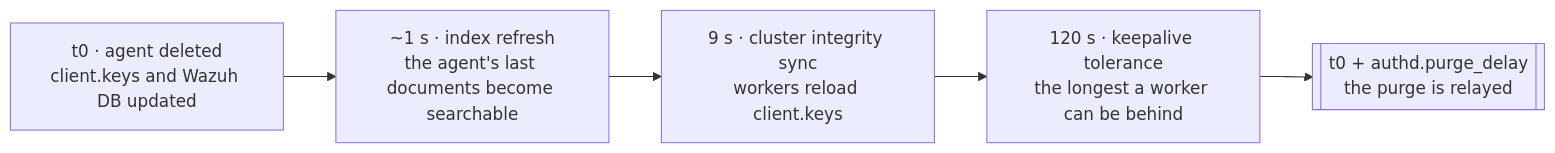
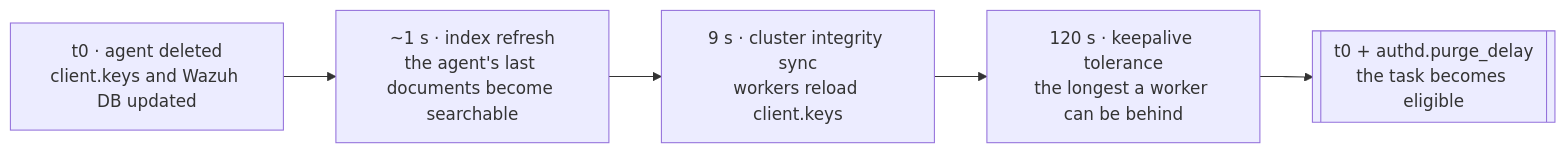
Before and after one commit to wazuh/wazuh: the seventh of 8 diagrams in docs/ref/modules/authd/architecture.md, drawn with Mermaid. The commit also changed other lines of this file and 58 other files, not shown here.

````diff
--- a/docs/ref/modules/authd/architecture.md
+++ b/docs/ref/modules/authd/architecture.md
@@ -294,8 +297,8 @@
 ```mermaid
 flowchart LR
     T0["t0 · agent deleted\nclient.keys and Wazuh DB updated"] --> T1
     T1["~1 s · index refresh\nthe agent's last documents become searchable"] --> T2
     T2["9 s · cluster integrity sync\nworkers reload client.keys"] --> T3
     T3["120 s · keepalive tolerance\nthe longest a worker can be behind"] --> T4
-    T4[["t0 + authd.purge_delay\nthe purge is relayed"]]
+    T4[["t0 + authd.purge_delay\nthe task becomes eligible"]]
 ```
````
